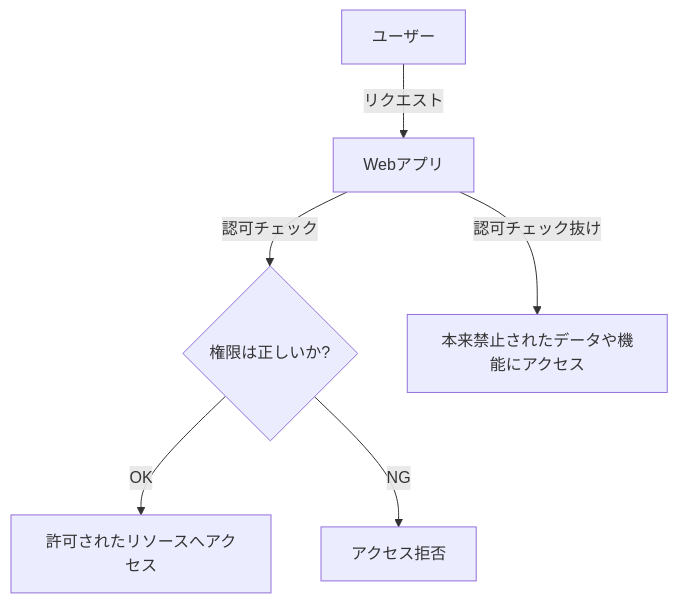
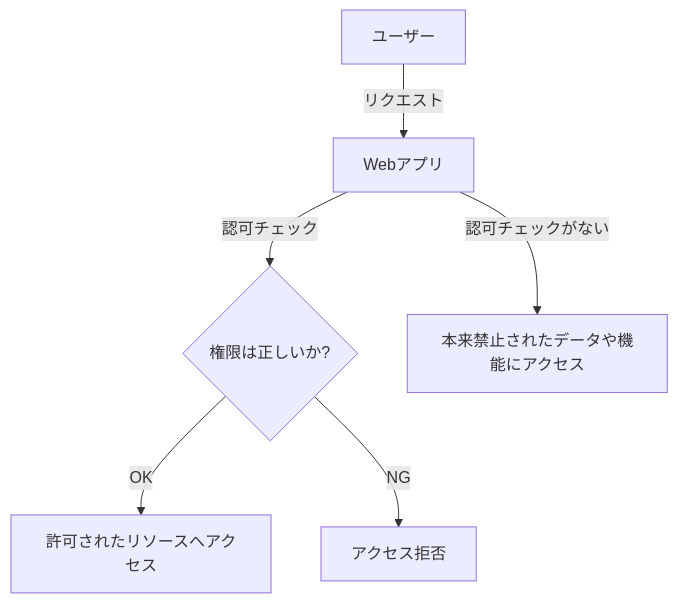
The diagram in A01_Broken_Access_Control/A01_Broken_Access_Control.md (OsharoCatSecurity/owasp-top10-jp), drawn with Mermaid before and after one commit.

Commit message:
A01_Broken_Access_Control.md の更新

```diff
--- a/A01_Broken_Access_Control/A01_Broken_Access_Control.md
+++ b/A01_Broken_Access_Control/A01_Broken_Access_Control.md
@@ -25,12 +25,12 @@
 ~~~mermaid
 flowchart TD
   U[ユーザー] -->|リクエスト| APP[Webアプリ]
 
   APP -->|認可チェック| AUTH{権限は正しいか?}
 
   AUTH -->|OK| OK[許可されたリソースへアクセス]
   AUTH -->|NG| DENY[アクセス拒否]
 
   %% アクセス制御が壊れていると…
-  APP -->|認可チェック抜け| LEAK[本来禁止されたデータや機能にアクセス]
+  APP -->|認可チェックがない| LEAK[本来禁止されたデータや機能にアクセス]
 ~~~
```
